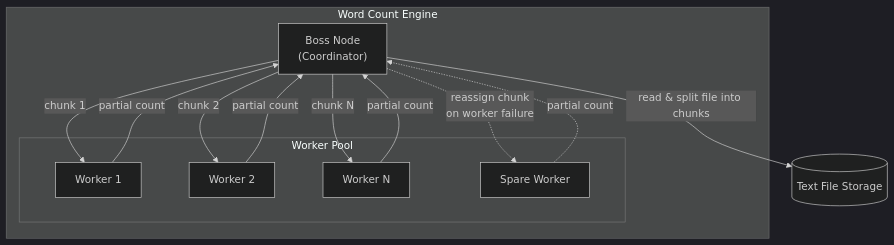
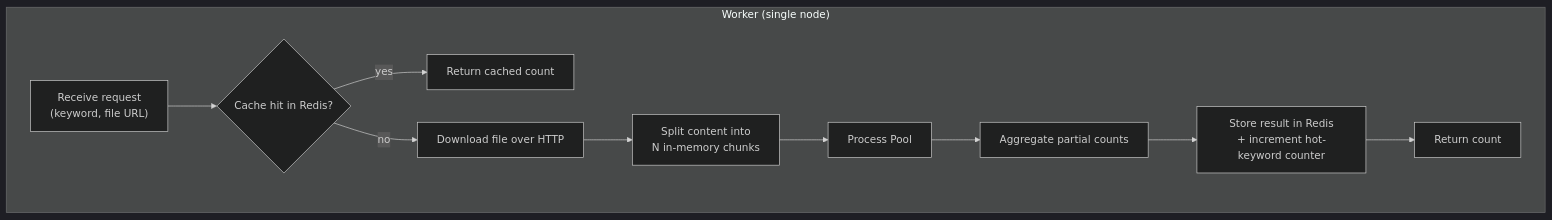
One commit to OpensourceHU/architecture-of-distributed-system changed the second of 3 diagrams in phase1/architecture.md. Above: the diagram before and after it, drawn with Mermaid (dark theme). The commit also changed other lines of this file and 13 other files, not shown here.

````diff
--- a/phase1/architecture.md
+++ b/phase1/architecture.md
@@ -69,25 +68,16 @@
 ```mermaid
 flowchart TD
-    subgraph WCE["Word Count Engine"]
-        Boss["Boss Node<br/>(Coordinator)"]
+    subgraph Worker["Worker (single node)"]
+        Recv["Receive request<br/>(keyword, file URL)"]
+        CacheCheck{"Cache hit in Redis?"}
+        Download["Download file over HTTP"]
+        Split["Split content into<br/>N in-memory chunks"]
+        Pool["Process Pool"]
+        Agg["Aggregate partial counts"]
+        Store["Store result in Redis<br/>+ increment hot-keyword counter"]
 
-        subgraph Pool["Worker Pool"]
-            W1["Worker 1"]
-            W2["Worker 2"]
-            W3["Worker N"]
-            Wspare["Spare Worker"]
-        end
-
-        Boss -- "chunk 1" --> W1
-        Boss -- "chunk 2" --> W2
-        Boss -- "chunk N" --> W3
-        W1 -- "partial count" --> Boss
-        W2 -- "partial count" --> Boss
-        W3 -- "partial count" --> Boss
-        Boss -. "reassign chunk<br/>on worker failure" .-> Wspare
-        Wspare -. "partial count" .-> Boss
+        Recv --> CacheCheck
+        CacheCheck -- "yes" --> Reply["Return cached count"]
+        CacheCheck -- "no" --> Download --> Split --> Pool --> Agg --> Store --> Reply2["Return count"]
     end
-
-    Storage[("Text File Storage")]
-    Boss -- "read & split file into chunks" --> Storage
 ```
````
